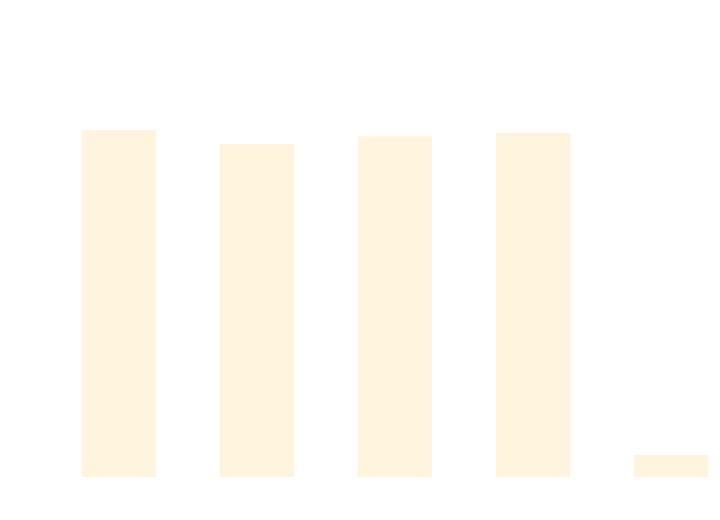
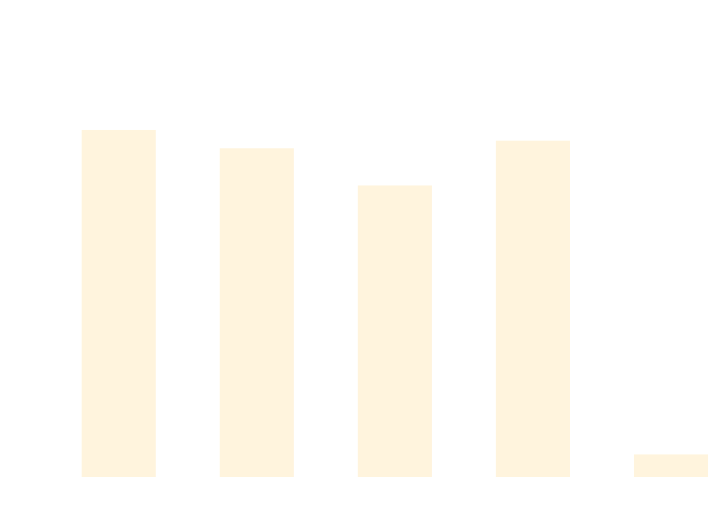
One commit to thomhurst/TUnit changed the diagram in docs/docs/benchmarks/DataDrivenTests.md. Above: the diagram before and after it, drawn with Mermaid. The commit also changed other lines of this file and 17 other files, not shown here.

````diff
--- a/docs/docs/benchmarks/DataDrivenTests.md
+++ b/docs/docs/benchmarks/DataDrivenTests.md
@@ -27,37 +27,37 @@
 ```mermaid
 %%{init: {
   'theme':'base',
   'themeVariables': {
     'primaryColor': '#2563eb',
     'primaryTextColor': '#ffffff',
     'primaryBorderColor': '#1e40af',
     'lineColor': '#6b7280',
     'secondaryColor': '#7c3aed',
     'tertiaryColor': '#dc2626',
     'background': '#ffffff',
     'mainBkg': '#2563eb',
     'secondBkg': '#7c3aed',
     'tertiaryBkg': '#dc2626',
     'clusterBkg': '#f3f4f6',
     'edgeLabelBackground': '#ffffff',
     'tertiaryTextColor': '#1f2937',
     'pie1': '#2563eb',
     'pie2': '#7c3aed',
     'pie3': '#dc2626',
     'pie4': '#f59e0b',
     'pie5': '#10b981',
     'pie6': '#06b6d4',
     'pie7': '#ec4899',
     'pie8': '#6366f1',
     'pie9': '#84cc16',
     'pie10': '#f97316',
     'pie11': '#14b8a6',
     'pie12': '#a855f7'
   }
 }}%%
 xychart-beta
   title "DataDrivenTests Performance Comparison"
   x-axis ["TUnit", "NUnit", "MSTest", "xUnit3", "TUnit_AOT"]
-  y-axis "Time (ms)" 0 --> 754
-  bar [628.1, 601.79, 616.33, 622.53, 26.01]
+  y-axis "Time (ms)" 0 --> 711
+  bar [592.28, 560.31, 495.35, 573.55, 25.46]
 ```
````
